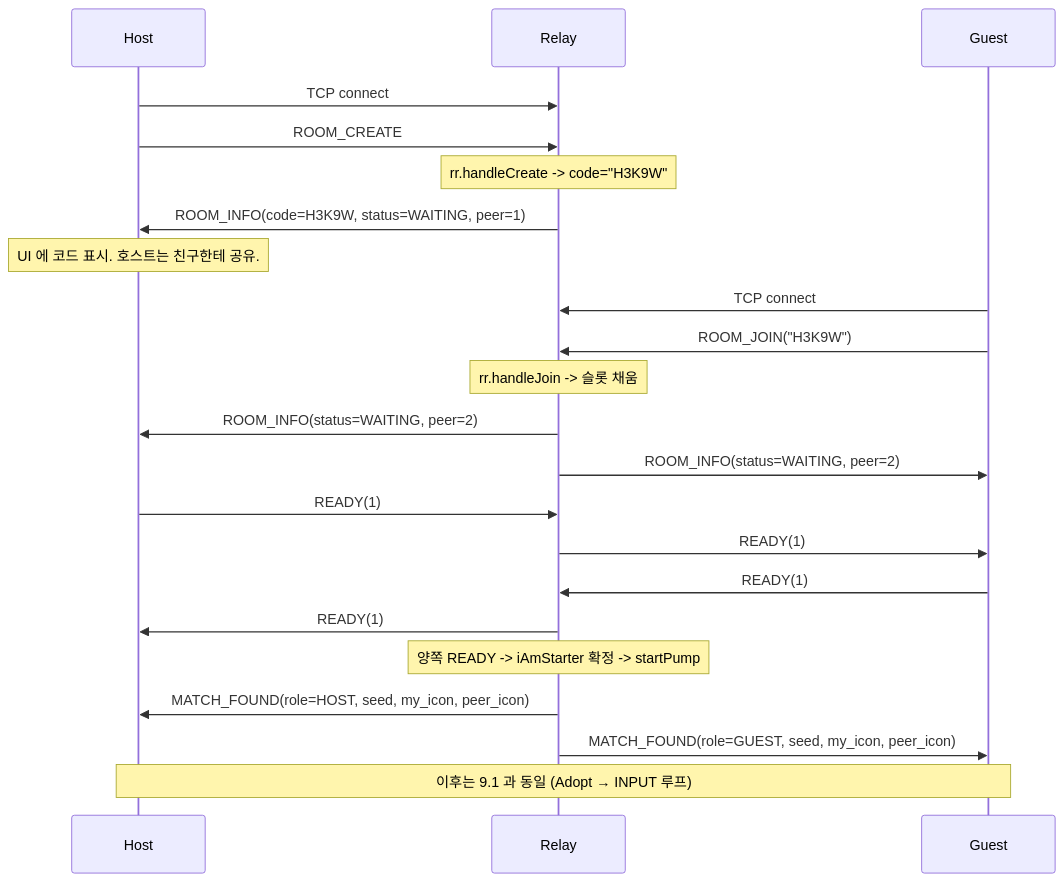
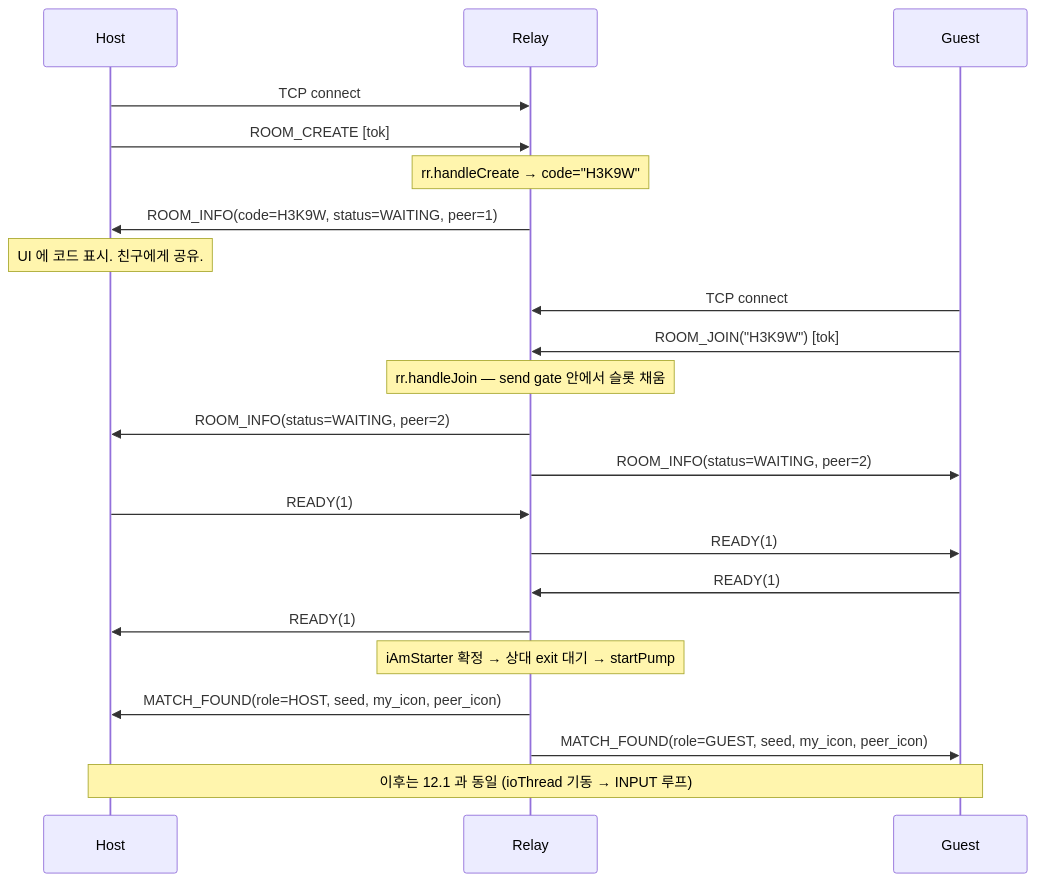
One commit to Rein-ArXiv/Tetris-Multiplayer-RL changed the tenth of 10 diagrams in docs/blog/part7-relay-server.md. Above: the diagram before and after it, drawn with Mermaid. The commit also changed other lines of this file and 41 other files, not shown here.

````diff
--- a/docs/blog/part7-relay-server.md
+++ b/docs/blog/part7-relay-server.md
@@ -1095,25 +3452,25 @@
 ```mermaid
 sequenceDiagram
     participant H as Host
     participant R as Relay
     participant G as Guest
 
     H->>R: TCP connect
-    H->>R: ROOM_CREATE
-    Note over R: rr.handleCreate -> code="H3K9W"
+    H->>R: ROOM_CREATE [tok]
+    Note over R: rr.handleCreate → code="H3K9W"
     R->>H: ROOM_INFO(code=H3K9W, status=WAITING, peer=1)
-    Note over H: UI 에 코드 표시. 호스트는 친구한테 공유.
+    Note over H: UI 에 코드 표시. 친구에게 공유.
     G->>R: TCP connect
-    G->>R: ROOM_JOIN("H3K9W")
-    Note over R: rr.handleJoin -> 슬롯 채움
+    G->>R: ROOM_JOIN("H3K9W") [tok]
+    Note over R: rr.handleJoin — send gate 안에서 슬롯 채움
     R->>H: ROOM_INFO(status=WAITING, peer=2)
     R->>G: ROOM_INFO(status=WAITING, peer=2)
     H->>R: READY(1)
     R->>G: READY(1)
     G->>R: READY(1)
     R->>H: READY(1)
-    Note over R: 양쪽 READY -> iAmStarter 확정 -> startPump
+    Note over R: iAmStarter 확정 → 상대 exit 대기 → startPump
     R->>H: MATCH_FOUND(role=HOST, seed, my_icon, peer_icon)
     R->>G: MATCH_FOUND(role=GUEST, seed, my_icon, peer_icon)
-    Note over H,G: 이후는 9.1 과 동일 (Adopt → INPUT 루프)
+    Note over H,G: 이후는 12.1 과 동일 (ioThread 기동 → INPUT 루프)
 ```
````
